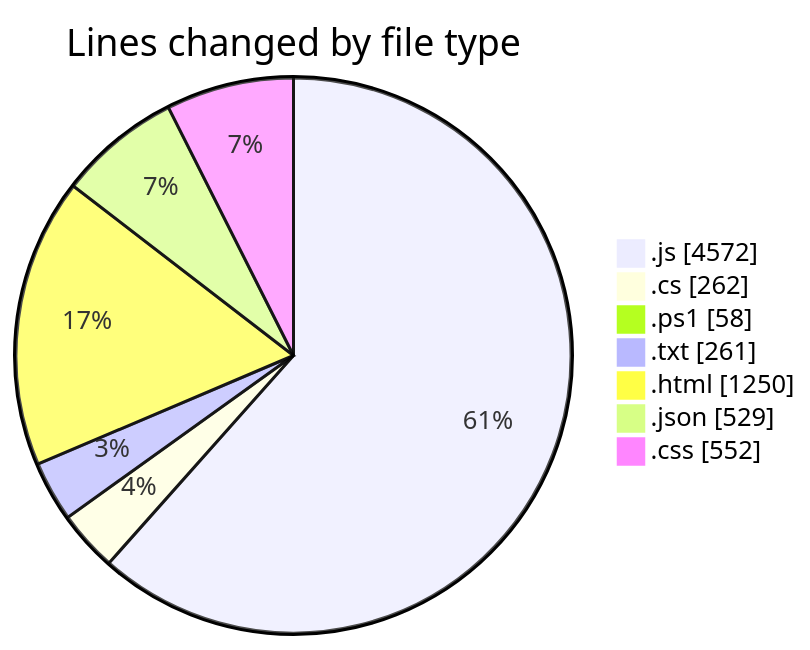
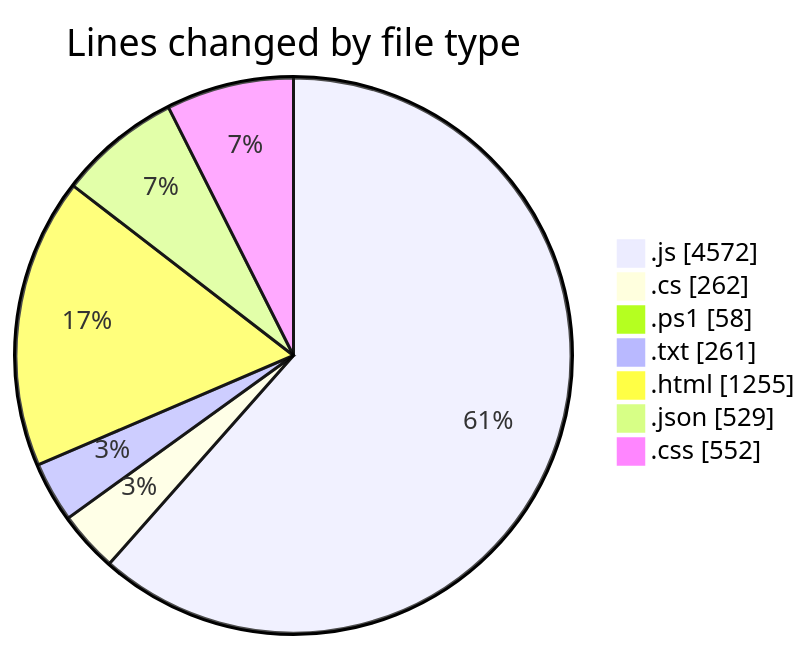
Before and after one commit to becaeroporto-bot/code-tracking: the first of 2 diagrams in 2026-02-17/bot_v1_2/README.md, drawn with Mermaid. The commit also changed other lines of this file and 1 other file, not shown here.

````diff
--- a/2026-02-17/bot_v1_2/README.md
+++ b/2026-02-17/bot_v1_2/README.md
@@ -38,11 +38,11 @@
 ```mermaid
 pie showData
 title Lines changed by file type
 ".js" : 4572
 ".cs" : 262
 ".ps1" : 58
 ".txt" : 261
-".html" : 1250
+".html" : 1255
 ".json" : 529
 ".css" : 552
 ```
````
